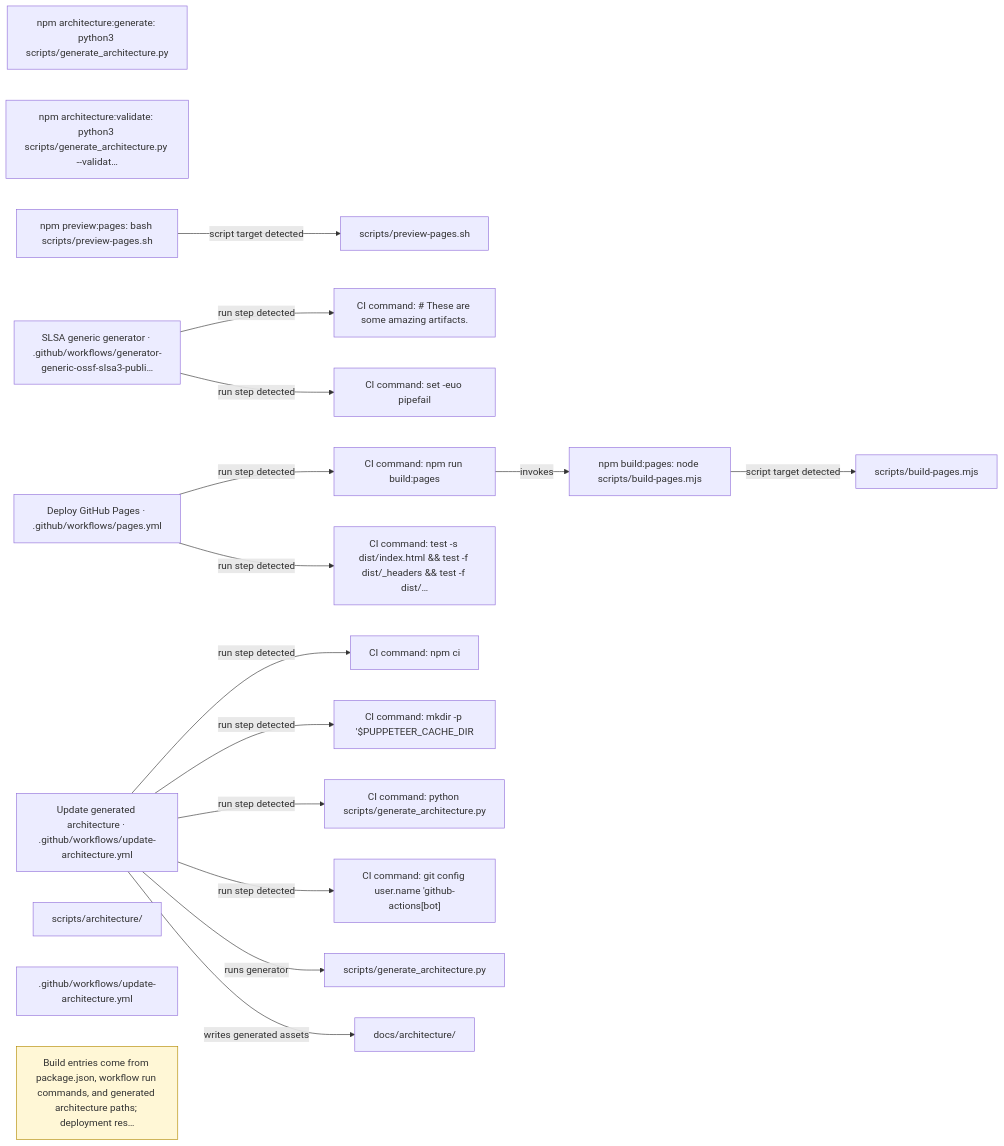
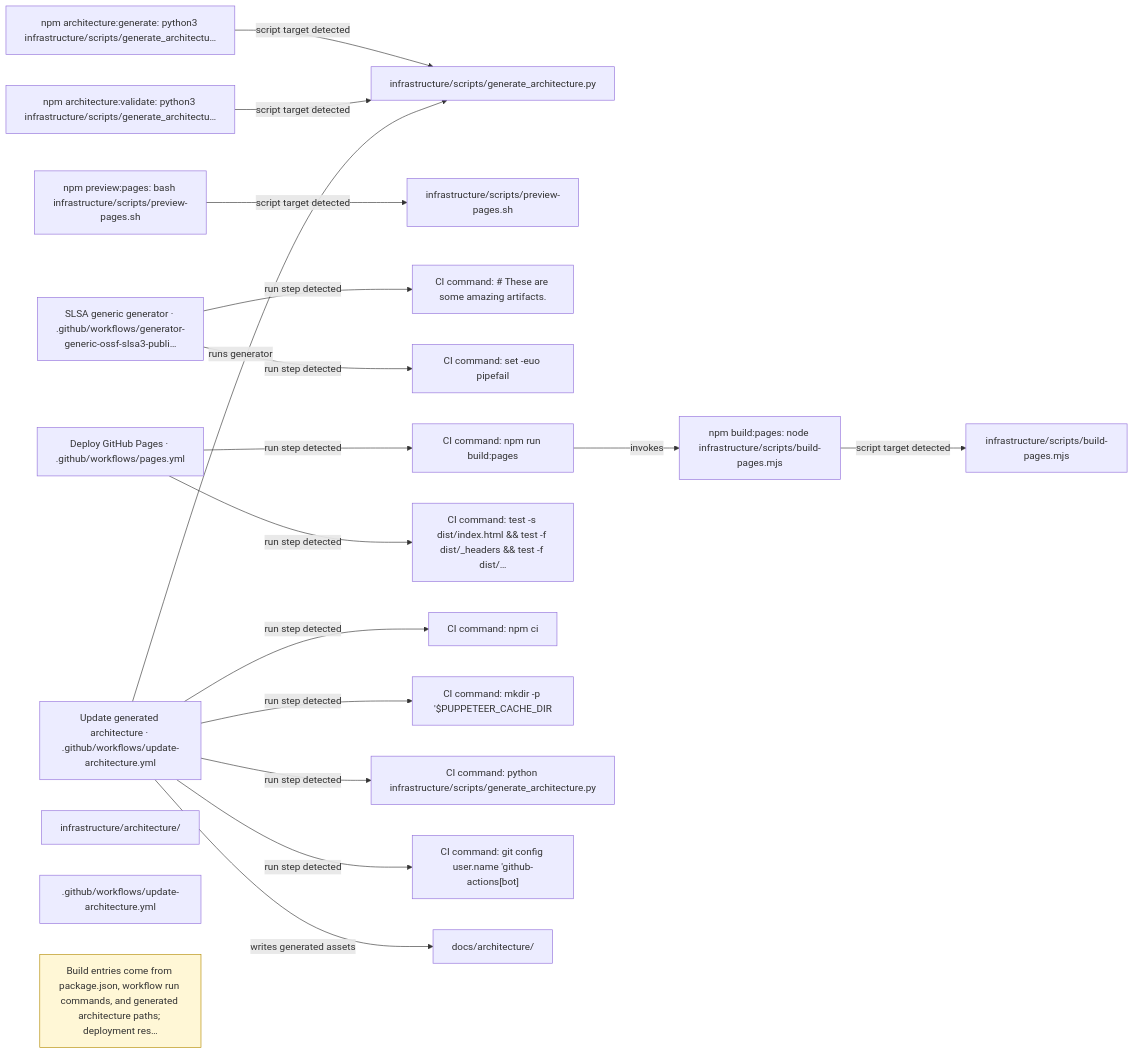
Before and after one commit to TheWildKaden/ArdvarkFood: the diagram in docs/architecture/build-pipelines.mmd, drawn with Mermaid. The commit also changed 262 other files, not shown here.

```diff
--- a/docs/architecture/build-pipelines.mmd
+++ b/docs/architecture/build-pipelines.mmd
@@ -1,38 +1,42 @@
 flowchart LR
-  npm_architecture_generate["npm architecture:generate: python3 scripts/generate_architecture.py"]
-  npm_architecture_validate["npm architecture:validate: python3 scripts/generate_architecture.py --validat…"]
-  npm_build_pages["npm build:pages: node scripts/build-pages.mjs"]
-  scripts_build_pages_mjs["scripts/build-pages.mjs"]
-  npm_preview_pages["npm preview:pages: bash scripts/preview-pages.sh"]
-  scripts_preview_pages_sh["scripts/preview-pages.sh"]
+  npm_architecture_generate["npm architecture:generate: python3 infrastructure/scripts/generate_architectu…"]
+  infrastructure_scripts_generate_architecture_py["infrastructure/scripts/generate_architecture.py"]
+  npm_architecture_validate["npm architecture:validate: python3 infrastructure/scripts/generate_architectu…"]
+  infrastructure_scripts_generate_architecture_py["infrastructure/scripts/generate_architecture.py"]
+  npm_build_pages["npm build:pages: node infrastructure/scripts/build-pages.mjs"]
+  infrastructure_scripts_build_pages_mjs["infrastructure/scripts/build-pages.mjs"]
+  npm_preview_pages["npm preview:pages: bash infrastructure/scripts/preview-pages.sh"]
+  infrastructure_scripts_preview_pages_sh["infrastructure/scripts/preview-pages.sh"]
   workflow_generator_generic_ossf_slsa3_publish["SLSA generic generator · .github/workflows/generator-generic-ossf-slsa3-publi…"]
-  workflow_generator_generic_ossf_slsa3_publish_2["CI command: # These are some amazing artifacts."]
-  workflow_generator_generic_ossf_slsa3_publish_3["CI command: set -euo pipefail"]
+  workflow_generator_generic_ossf_slsa3_publish_4["CI command: # These are some amazing artifacts."]
+  workflow_generator_generic_ossf_slsa3_publish_5["CI command: set -euo pipefail"]
   workflow_pages["Deploy GitHub Pages · .github/workflows/pages.yml"]
-  workflow_pages_4["CI command: npm run build:pages"]
-  workflow_pages_6["CI command: test -s dist/index.html && test -f dist/_headers && test -f dist/…"]
+  workflow_pages_6["CI command: npm run build:pages"]
+  workflow_pages_8["CI command: test -s dist/index.html && test -f dist/_headers && test -f dist/…"]
   workflow_update_architecture["Update generated architecture · .github/workflows/update-architecture.yml"]
-  workflow_update_architecture_7["CI command: npm ci"]
-  workflow_update_architecture_8["CI command: mkdir -p '$PUPPETEER_CACHE_DIR"]
-  workflow_update_architecture_9["CI command: python scripts/generate_architecture.py"]
-  workflow_update_architecture_10["CI command: git config user.name 'github-actions[bot]"]
-  scripts_generate_architecture_py["scripts/generate_architecture.py"]
-  scripts_architecture_["scripts/architecture/"]
+  workflow_update_architecture_9["CI command: npm ci"]
+  workflow_update_architecture_10["CI command: mkdir -p '$PUPPETEER_CACHE_DIR"]
+  workflow_update_architecture_11["CI command: python infrastructure/scripts/generate_architecture.py"]
+  workflow_update_architecture_12["CI command: git config user.name 'github-actions[bot]"]
+  infrastructure_scripts_generate_architecture_py["infrastructure/scripts/generate_architecture.py"]
+  infrastructure_architecture_["infrastructure/architecture/"]
   _github_workflows_update_architecture_yml[".github/workflows/update-architecture.yml"]
   docs_architecture_["docs/architecture/"]
-  npm_build_pages -->|"script target detected"| scripts_build_pages_mjs
-  npm_preview_pages -->|"script target detected"| scripts_preview_pages_sh
-  workflow_generator_generic_ossf_slsa3_publish -->|"run step detected"| workflow_generator_generic_ossf_slsa3_publish_2
-  workflow_generator_generic_ossf_slsa3_publish -->|"run step detected"| workflow_generator_generic_ossf_slsa3_publish_3
-  workflow_pages -->|"run step detected"| workflow_pages_4
-  workflow_pages_4 -->|"invokes"| npm_build_pages
+  npm_architecture_generate -->|"script target detected"| infrastructure_scripts_generate_architecture_py
+  npm_architecture_validate -->|"script target detected"| infrastructure_scripts_generate_architecture_py
+  npm_build_pages -->|"script target detected"| infrastructure_scripts_build_pages_mjs
+  npm_preview_pages -->|"script target detected"| infrastructure_scripts_preview_pages_sh
+  workflow_generator_generic_ossf_slsa3_publish -->|"run step detected"| workflow_generator_generic_ossf_slsa3_publish_4
+  workflow_generator_generic_ossf_slsa3_publish -->|"run step detected"| workflow_generator_generic_ossf_slsa3_publish_5
   workflow_pages -->|"run step detected"| workflow_pages_6
-  workflow_update_architecture -->|"run step detected"| workflow_update_architecture_7
-  workflow_update_architecture -->|"run step detected"| workflow_update_architecture_8
+  workflow_pages_6 -->|"invokes"| npm_build_pages
+  workflow_pages -->|"run step detected"| workflow_pages_8
   workflow_update_architecture -->|"run step detected"| workflow_update_architecture_9
   workflow_update_architecture -->|"run step detected"| workflow_update_architecture_10
-  workflow_update_architecture -->|"runs generator"| scripts_generate_architecture_py
+  workflow_update_architecture -->|"run step detected"| workflow_update_architecture_11
+  workflow_update_architecture -->|"run step detected"| workflow_update_architecture_12
+  workflow_update_architecture -->|"runs generator"| infrastructure_scripts_generate_architecture_py
   workflow_update_architecture -->|"writes generated assets"| docs_architecture_
   analysis_note_0["Build entries come from package.json, workflow run commands, and generated architecture paths; deployment res…"]
   class analysis_note_0 note
   classDef note fill:#fff7d6,stroke:#b38b00,color:#333
```
